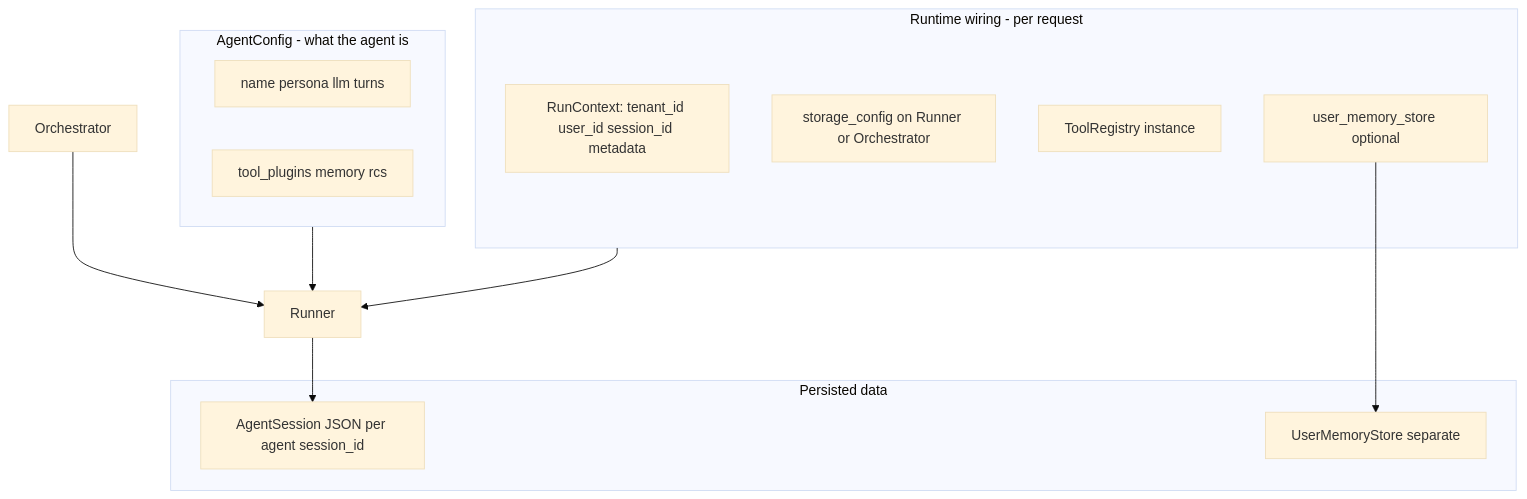
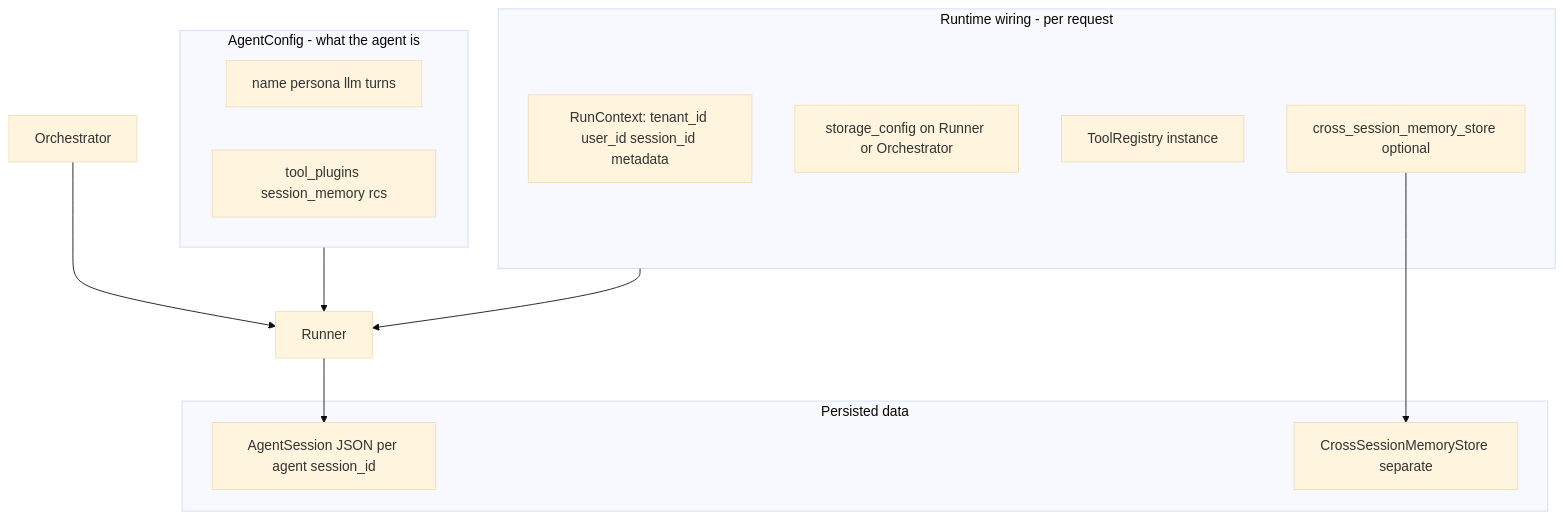
One commit to gowrav-vishwakarma/nexus-enterprise-agent changed the diagram in GETTING_STARTED.md. Above: the diagram before and after it, drawn with Mermaid (base theme). The commit also changed other lines of this file and 17 other files, not shown here.

First line of the commit message:
refactor: update memory management system to enhance cross-session capabilities

````diff
--- a/GETTING_STARTED.md
+++ b/GETTING_STARTED.md
@@ -114,25 +114,25 @@
 ```mermaid
 flowchart TB
   subgraph configLayer [AgentConfig - what the agent is]
     name[name persona llm turns]
-    tools[tool_plugins memory rcs]
+    tools[tool_plugins session_memory rcs]
   end
 
   subgraph runtimeLayer [Runtime wiring - per request]
     rc[RunContext: tenant_id user_id session_id metadata]
     storage[storage_config on Runner or Orchestrator]
     registry[ToolRegistry instance]
-    userStore[user_memory_store optional]
+    crossStore[cross_session_memory_store optional]
   end
 
   subgraph persistLayer [Persisted data]
     sessions[AgentSession JSON per agent session_id]
-    userMem[UserMemoryStore separate]
+    crossMem[CrossSessionMemoryStore separate]
   end
 
   configLayer --> Runner
   runtimeLayer --> Runner
   Runner --> sessions
-  userStore --> userMem
+  crossStore --> crossMem
   Orchestrator --> Runner
 ```
````
